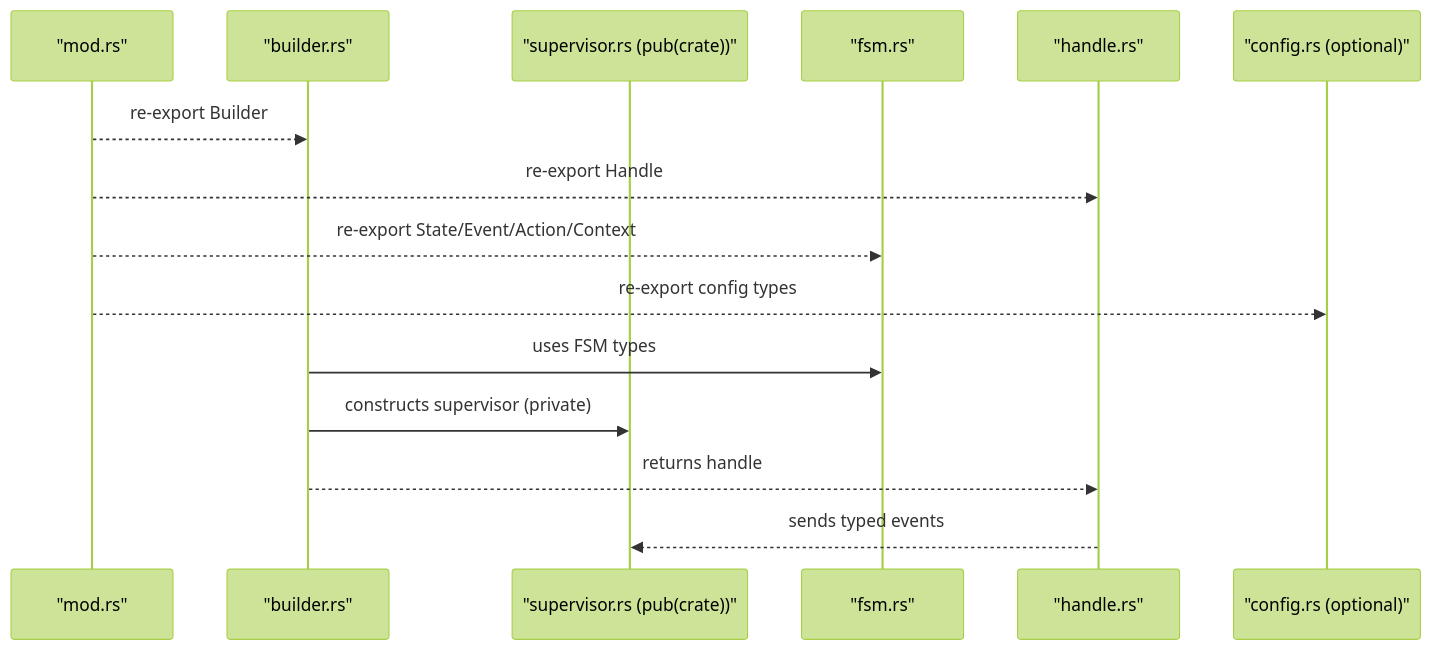
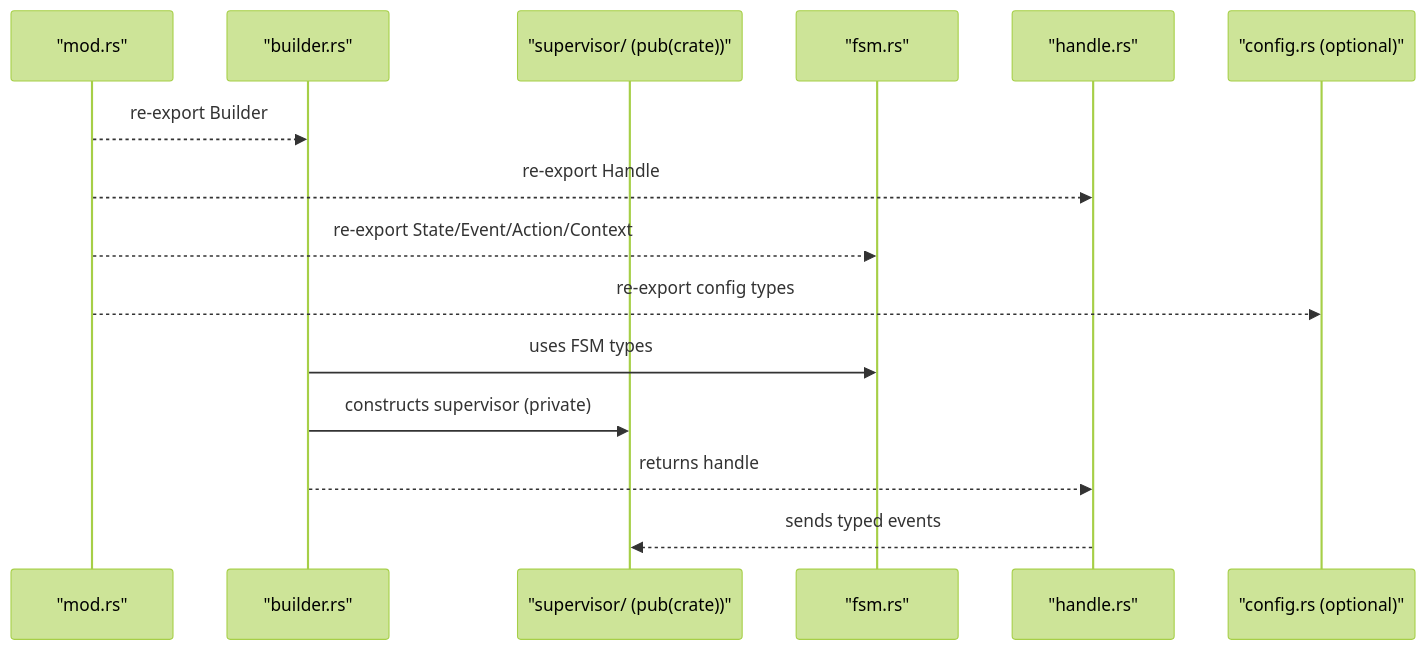
The third of 3 diagrams in crates/obzenflow_runtime_services/src/supervised_base/README.md (ObzenFlow/obzenflow), drawn with Mermaid (forest theme) before and after one commit. The commit also changed other lines of this file and 78 other files, not shown here.

First line of the commit message:
MAJOR: Decompose supervisors, extract shared helpers, seal the supervision layer (FLOWIP-051m + 051m-part-2)

````diff
--- a/crates/obzenflow_runtime_services/src/supervised_base/README.md
+++ b/crates/obzenflow_runtime_services/src/supervised_base/README.md
@@ -117,19 +326,19 @@
 ```mermaid
 sequenceDiagram
   participant mod as "mod.rs"
   participant builder as "builder.rs"
-  participant supervisor as "supervisor.rs (pub(crate))"
+  participant supervisor as "supervisor/ (pub(crate))"
   participant fsm as "fsm.rs"
   participant handle as "handle.rs"
   participant config as "config.rs (optional)"
 
   mod-->>builder: re-export Builder
   mod-->>handle: re-export Handle
   mod-->>fsm: re-export State/Event/Action/Context
   mod-->>config: re-export config types
 
   builder->>fsm: uses FSM types
   builder->>supervisor: constructs supervisor (private)
   builder-->>handle: returns handle
   handle-->>supervisor: sends typed events
 ```
````
